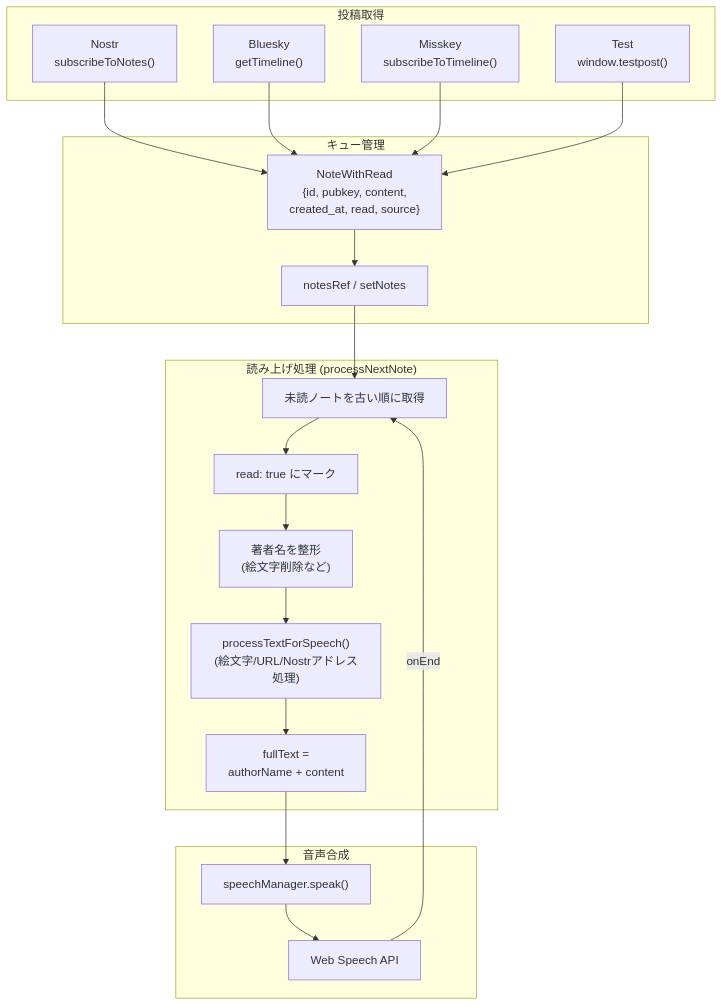
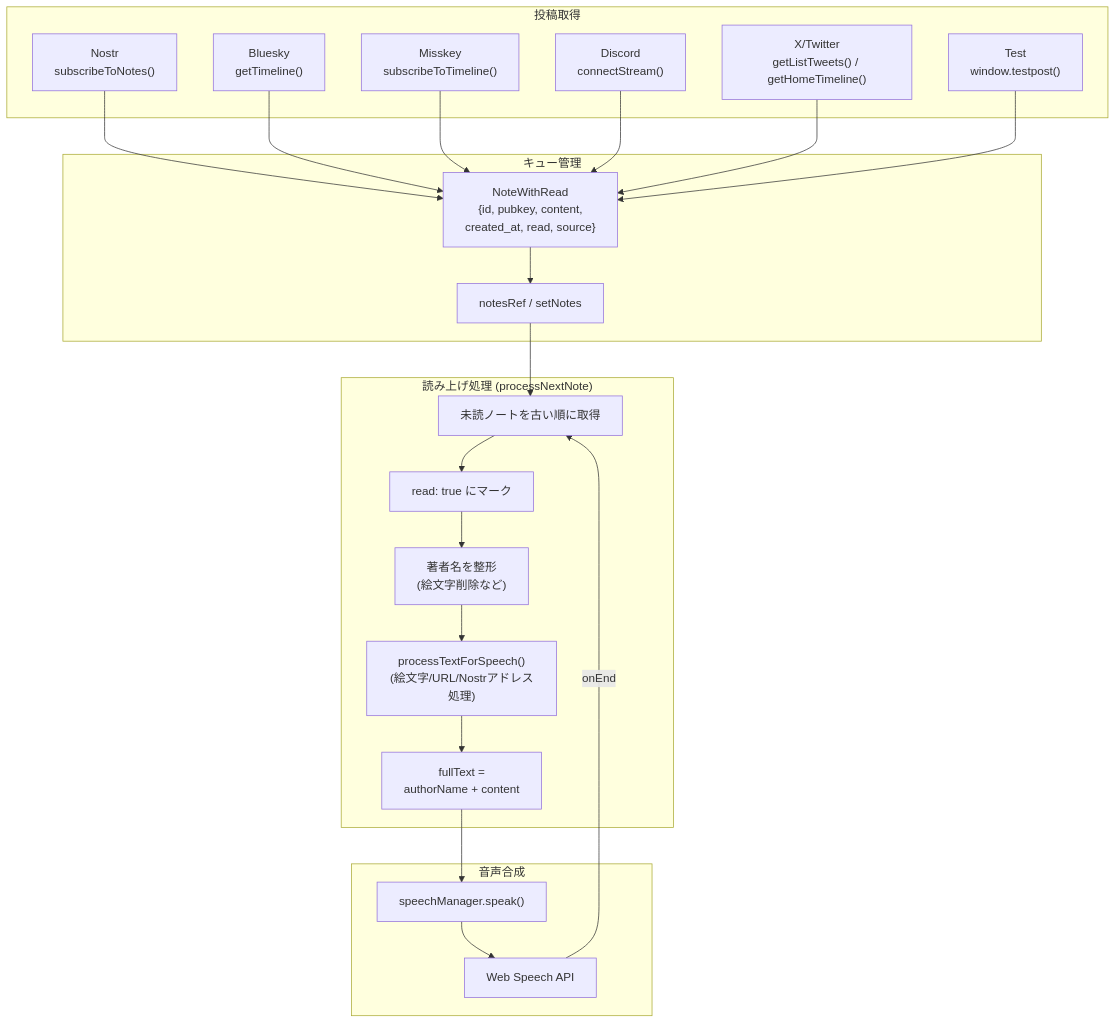
Before and after one commit to koteitan/yomi: the diagram in README-ja.md, drawn with Mermaid. The commit also changed other lines of this file and 10 other files, not shown here.

First line of the commit message:
v1.5.1/Add X/Twitter icon, profile display, and post-tweet timeline refresh

````diff
--- a/README-ja.md
+++ b/README-ja.md
@@ -123,41 +130,45 @@
 ```mermaid
 flowchart TB
     subgraph Sources["投稿取得"]
         Nostr["Nostr<br/>subscribeToNotes()"]
         Bluesky["Bluesky<br/>getTimeline()"]
         Misskey["Misskey<br/>subscribeToTimeline()"]
+        Discord["Discord<br/>connectStream()"]
+        Twitter["X/Twitter<br/>getListTweets() / getHomeTimeline()"]
         Test["Test<br/>window.testpost()"]
     end
 
     subgraph Queue["キュー管理"]
         NoteWithRead["NoteWithRead<br/>{id, pubkey, content,<br/>created_at, read, source}"]
         NotesRef["notesRef / setNotes"]
     end
 
     subgraph Processing["読み上げ処理 (processNextNote)"]
         FindUnread["未読ノートを古い順に取得"]
         MarkRead["read: true にマーク"]
         FormatAuthor["著者名を整形<br/>(絵文字削除など)"]
         ProcessText["processTextForSpeech()<br/>(絵文字/URL/Nostrアドレス処理)"]
         BuildText["fullText =<br/>authorName + content"]
     end
 
     subgraph Speech["音声合成"]
         SpeechManager["speechManager.speak()"]
         WebSpeechAPI["Web Speech API"]
     end
 
     Nostr --> NoteWithRead
     Bluesky --> NoteWithRead
     Misskey --> NoteWithRead
+    Discord --> NoteWithRead
+    Twitter --> NoteWithRead
     Test --> NoteWithRead
     NoteWithRead --> NotesRef
     NotesRef --> FindUnread
     FindUnread --> MarkRead
     MarkRead --> FormatAuthor
     FormatAuthor --> ProcessText
     ProcessText --> BuildText
     BuildText --> SpeechManager
     SpeechManager --> WebSpeechAPI
     WebSpeechAPI -->|onEnd| FindUnread
 ```
````
